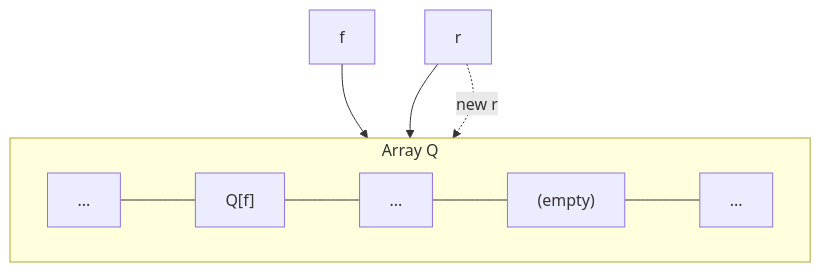
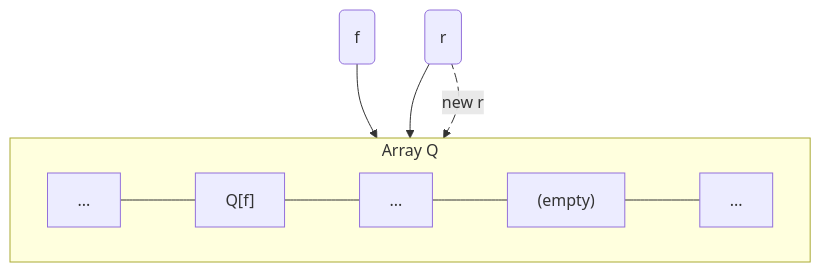
Before and after one commit to ruslylove/datastruct: the second of 10 diagrams in lectures/lect-6-Queues.md, drawn with Mermaid. The commit also changed other lines of this file and 5 other files, not shown here.

Commit message:
update diagrams

````diff
--- a/lectures/lect-6-Queues.md
+++ b/lectures/lect-6-Queues.md
@@ -184,10 +169,13 @@
 ```mermaid {scale:0.8}
 graph TD
     subgraph "Array Q"
         direction LR
         A["..."] --- B["Q[f]"] --- C["..."] --- D["(empty)"] --- E["..."]
     end
-    f["f"] --> B
-    r["r"] --> D
-    r -. "new r" .-> E
+    f("f") --> B
+    r("r") --> D
+    r e1@-. "new r" .-> E
+
+    e1@{ animate : true}
+
 ```
````
